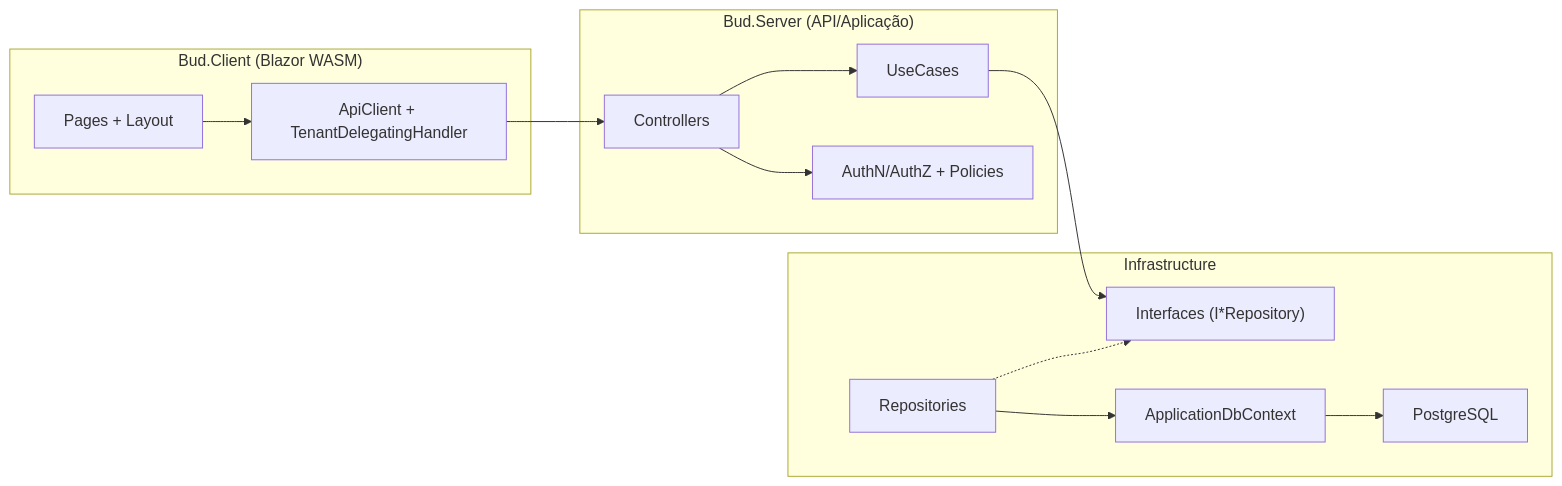
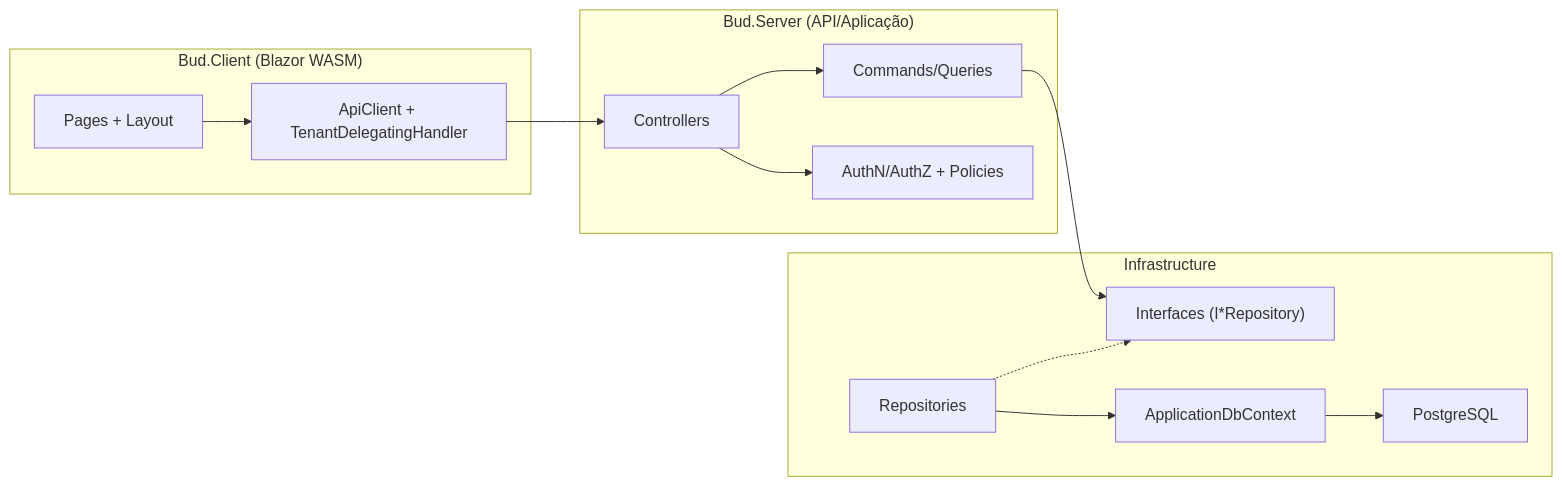
The eighth of 10 diagrams in README.md (dsbraz/bud), drawn with Mermaid before and after one commit. The commit also changed other lines of this file and 155 other files, not shown here.

Commit message:
refactor: migrate application use cases to commands and queries

````diff
--- a/README.md
+++ b/README.md
@@ -293,29 +293,29 @@
 ```mermaid
 flowchart LR
     subgraph Client["Bud.Client (Blazor WASM)"]
       UI["Pages + Layout"]
       ApiClient["ApiClient + TenantDelegatingHandler"]
     end
 
     subgraph Api["Bud.Server (API/Aplicação)"]
       Controllers["Controllers"]
-      UseCases["UseCases"]
+      Commands/Queries["Commands/Queries"]
       Authz["AuthN/AuthZ + Policies"]
     end
 
     subgraph Infra["Infrastructure"]
       Ports["Interfaces (I*Repository)"]
       Repos["Repositories"]
       Db["ApplicationDbContext"]
       Pg["PostgreSQL"]
     end
 
     UI --> ApiClient
     ApiClient --> Controllers
-    Controllers --> UseCases
-    UseCases --> Ports
+    Controllers --> Commands/Queries
+    Commands/Queries --> Ports
     Repos -.-> Ports
     Controllers --> Authz
     Repos --> Db
     Db --> Pg
 ```
````
